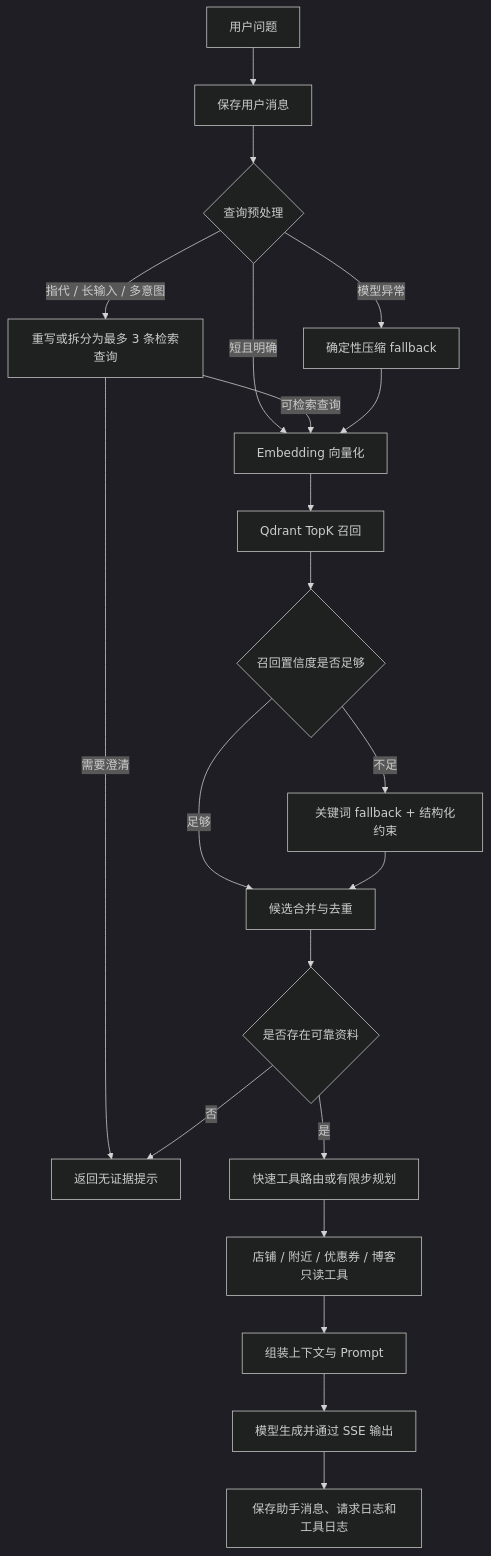
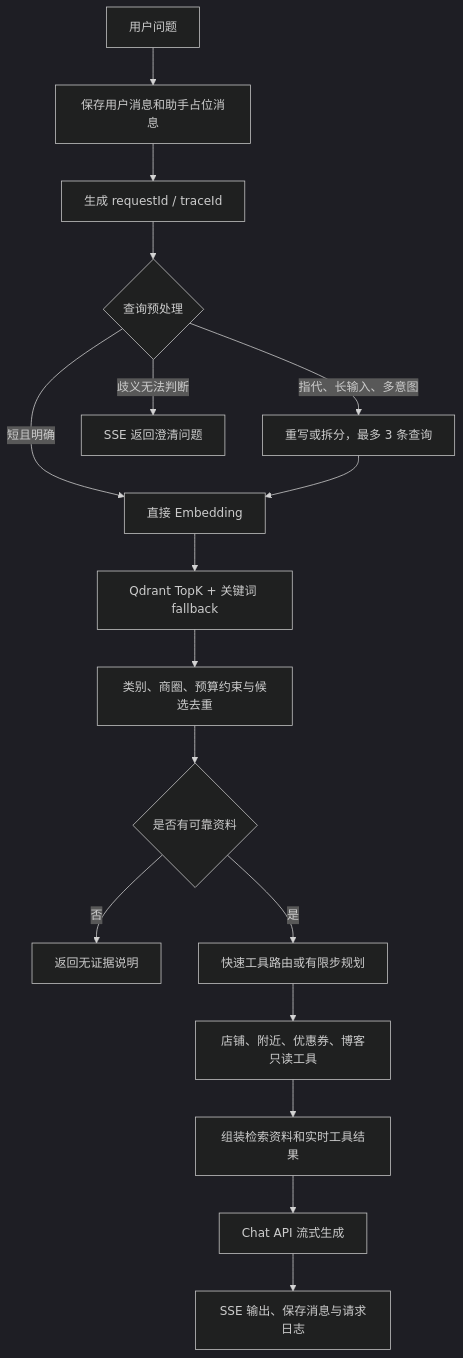
The fifth of 6 diagrams in README.md (llyyyq/niche-review), drawn with Mermaid (dark theme) before and after one commit. The commit also changed other lines of this file and 37 other files, not shown here.

Commit message:
feat: add request-level AI trace

````diff
--- a/README.md
+++ b/README.md
@@ -138,23 +144,19 @@
 ```mermaid
 flowchart TD
-    A["用户问题"] --> B["保存用户消息"]
-    B --> P{"查询预处理"}
-    P -- "短且明确" --> C["Embedding 向量化"]
-    P -- "指代 / 长输入 / 多意图" --> R["重写或拆分为最多 3 条检索查询"]
-    R -- "需要澄清" --> I["SSE 返回澄清问题"]
-    R -- "可检索查询" --> C
-    P -- "模型异常" --> CF["确定性压缩 fallback"]
-    CF --> C
-    C --> D["Qdrant TopK 召回"]
-    D --> E{"召回置信度是否足够"}
-    E -- "不足" --> KF["关键词 fallback + 结构化约束"]
-    E -- "足够" --> G["候选合并与去重"]
-    KF --> G
-    G --> H{"是否存在可靠资料"}
-    H -- "否" --> I["返回无证据提示"]
-    H -- "是" --> J["快速工具路由或有限步规划"]
-    J --> K["店铺 / 附近 / 优惠券 / 博客只读工具"]
-    K --> L["组装上下文与 Prompt"]
-    L --> M["模型生成并通过 SSE 输出"]
-    M --> N["保存助手消息、请求日志和工具日志"]
+    A["用户问题"] --> B["保存用户消息和助手占位消息"]
+    B --> C["生成 requestId / traceId"]
+    C --> D{"查询预处理"}
+    D -- "短且明确" --> E["直接 Embedding"]
+    D -- "指代、长输入、多意图" --> F["重写或拆分，最多 3 条查询"]
+    D -- "歧义无法判断" --> G["SSE 返回澄清问题"]
+    F --> E
+    E --> H["Qdrant TopK + 关键词 fallback"]
+    H --> I["类别、商圈、预算约束与候选去重"]
+    I --> J{"是否有可靠资料"}
+    J -- "否" --> K["返回无证据说明"]
+    J -- "是" --> L["快速工具路由或有限步规划"]
+    L --> M["店铺、附近、优惠券、博客只读工具"]
+    M --> N["组装检索资料和实时工具结果"]
+    N --> O["Chat API 流式生成"]
+    O --> P["SSE 输出、保存消息与请求日志"]
 ```
````
